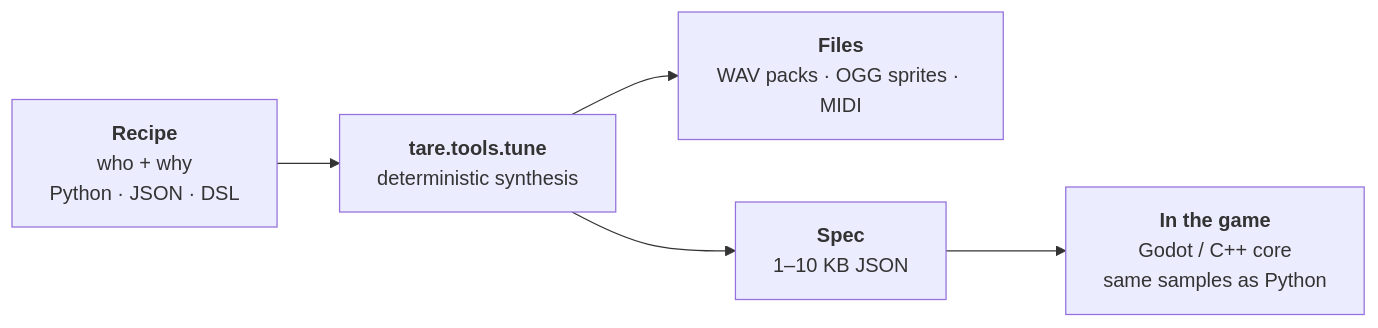
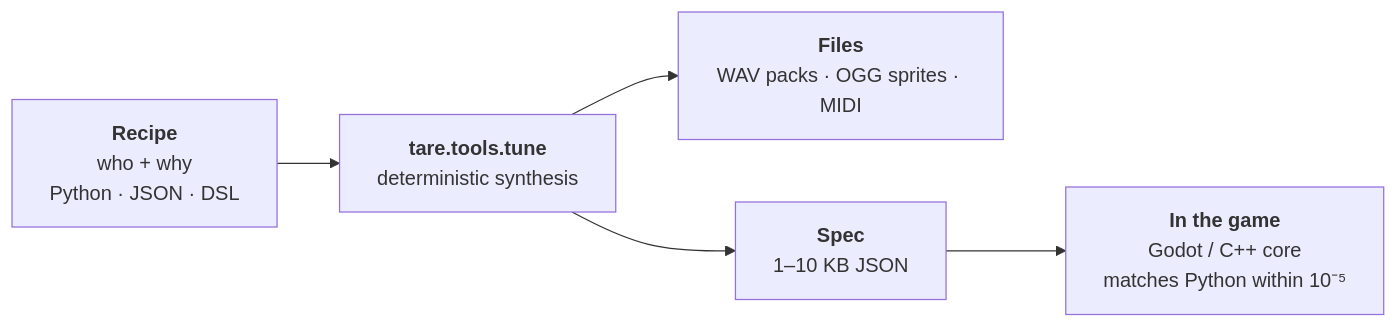
The diagram in README.md (augusto-scarvalho/tare.tools.tune), drawn with Mermaid before and after one commit. The commit also changed other lines of this file and 5 other files, not shown here.

````diff
--- a/README.md
+++ b/README.md
@@ -81,7 +83,7 @@
 ```mermaid
 flowchart LR
     R["<b>Recipe</b><br/>who + why<br/>Python · JSON · DSL"] --> T["<b>tare.tools.tune</b><br/>deterministic synthesis"]
     T --> F["<b>Files</b><br/>WAV packs · OGG sprites · MIDI"]
     T --> S["<b>Spec</b><br/>1–10 KB JSON"]
-    S --> G["<b>In the game</b><br/>Godot / C++ core<br/>same samples as Python"]
+    S --> G["<b>In the game</b><br/>Godot / C++ core<br/>matches Python within 10⁻⁵"]
 ```
````
